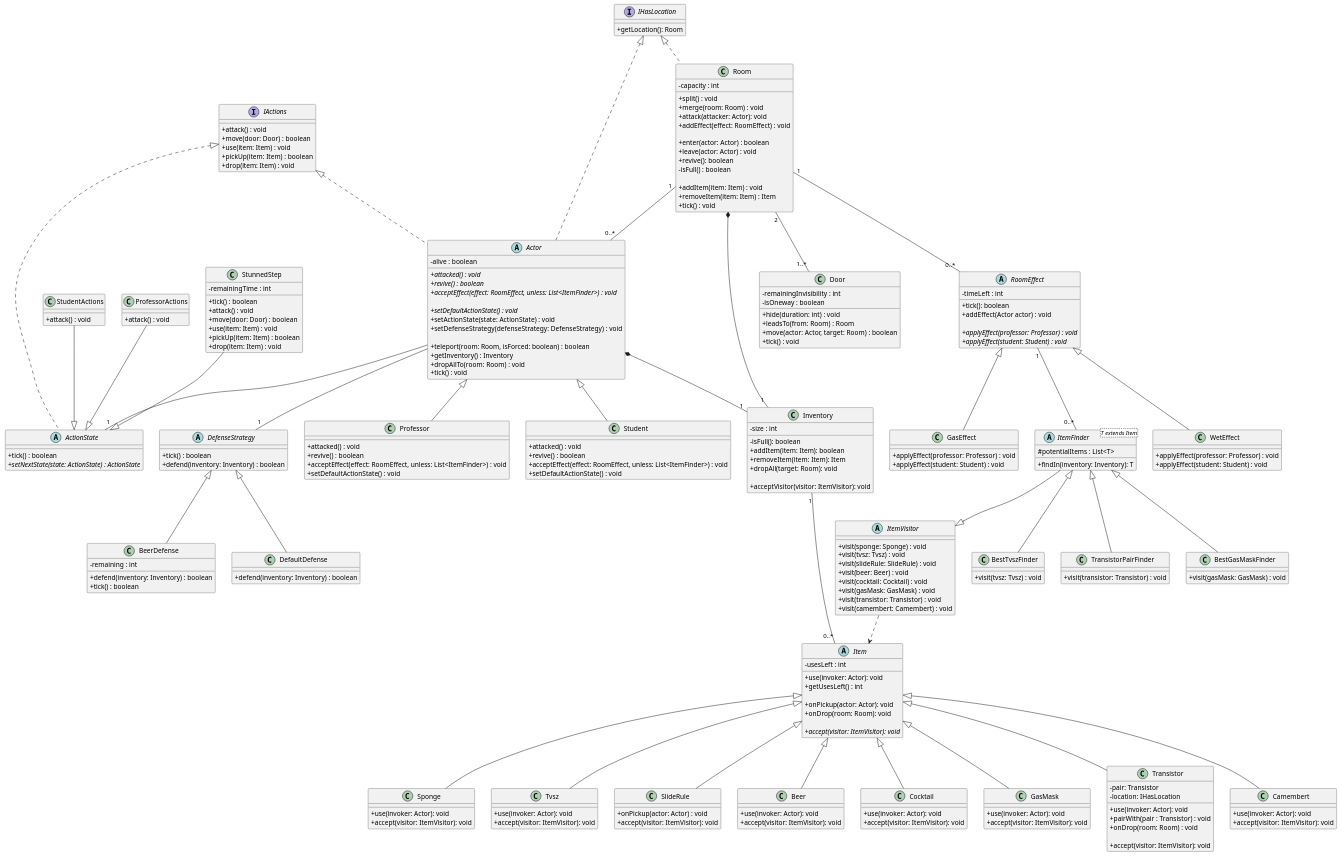
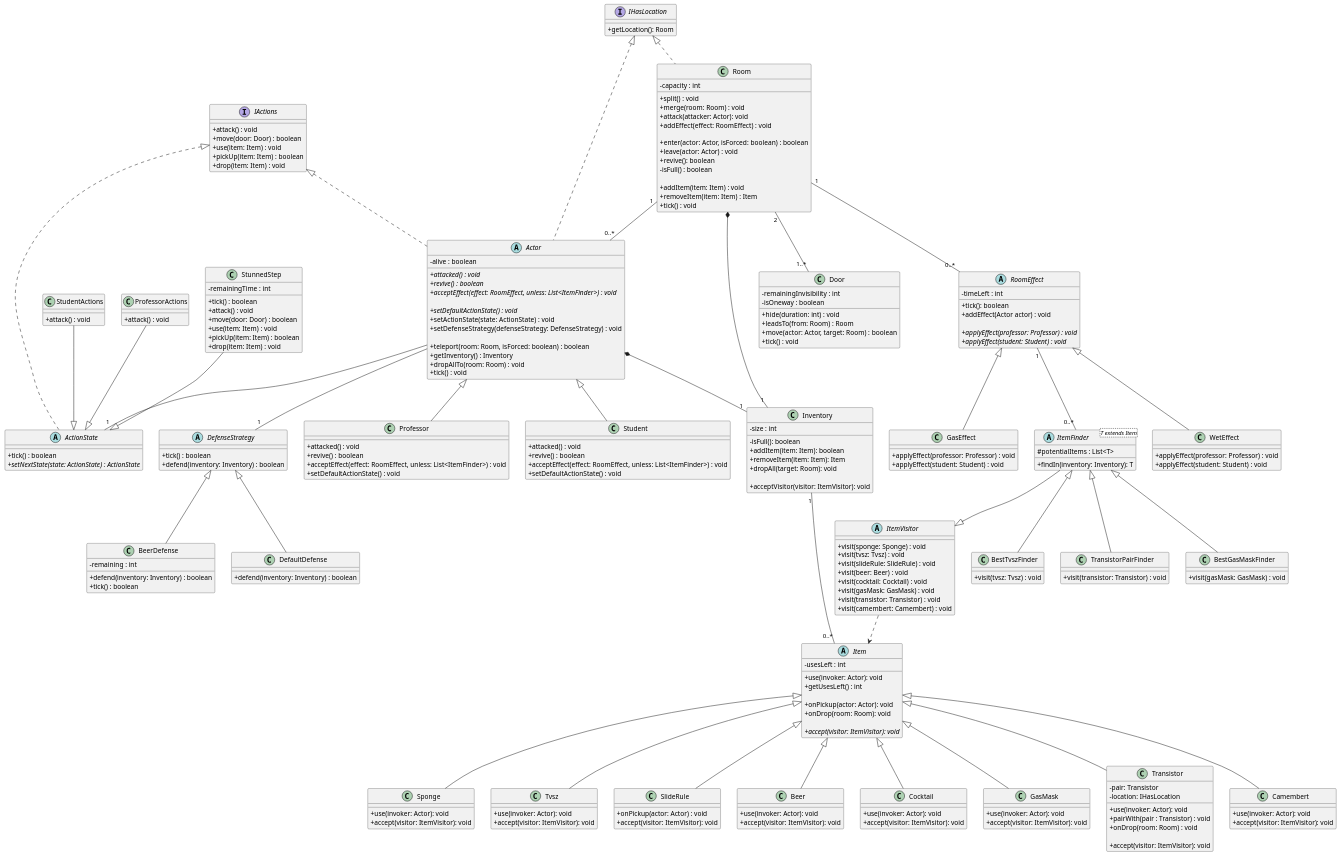
The diagram in docs/class/class.puml (Kristof-me/Logarlec), drawn with PlantUML before and after one commit.

Commit message:
Add isForced to room enter

```diff
--- a/docs/class/class.puml
+++ b/docs/class/class.puml
@@ -139,7 +139,7 @@
     + attack(attacker: Actor): void
     + addEffect(effect: RoomEffect) : void
     
-    + enter(actor: Actor) : boolean
+    + enter(actor: Actor, isForced: boolean) : boolean
     + leave(actor: Actor) : void
     + revive(): boolean
     - isFull() : boolean
```
